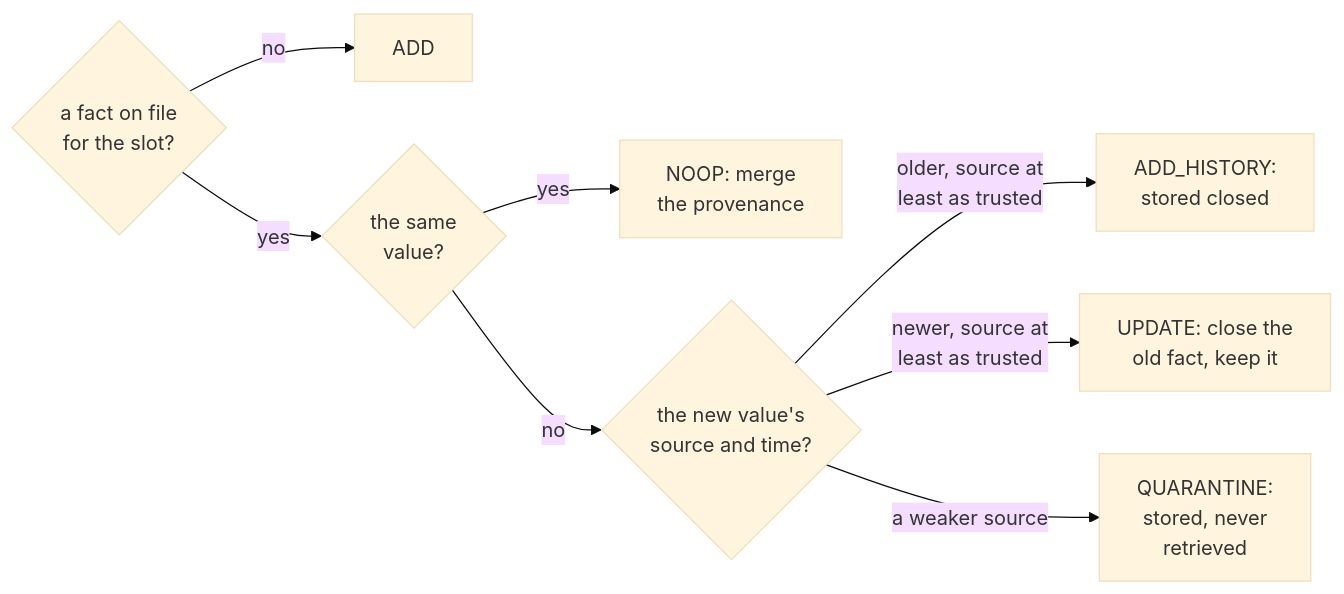
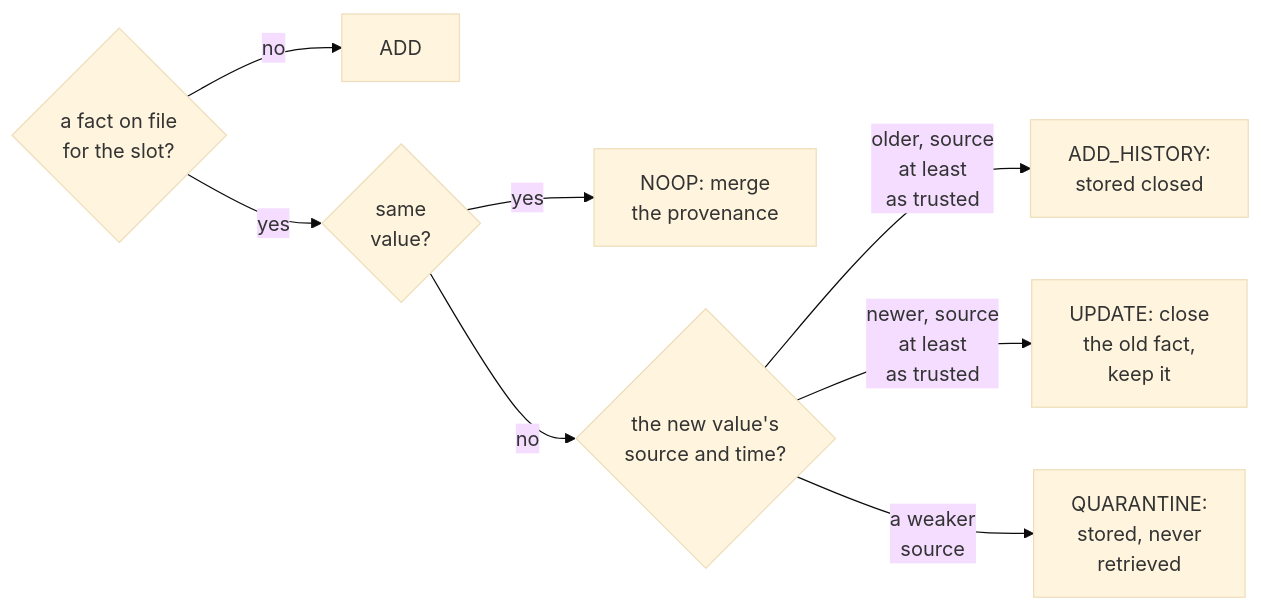
Before and after one commit to aniryou/full-stack-agentic-engineer: the second of 8 diagrams in 07-application-agent-framework/agent-memory/PRIMER.md, drawn with Mermaid (base theme). The commit also changed other lines of this file and 211 other files, not shown here.

````diff
--- a/07-application-agent-framework/agent-memory/PRIMER.md
+++ b/07-application-agent-framework/agent-memory/PRIMER.md
@@ -129,10 +129,10 @@
 ```mermaid
 flowchart LR
     M1{"a fact on file<br/>for the slot?"} -->|"no"| ADD["ADD"]
-    M1 -->|"yes"| M2{"the same<br/>value?"}
+    M1 -->|"yes"| M2{"same<br/>value?"}
     M2 -->|"yes"| NOOP["NOOP: merge<br/>the provenance"]
     M2 -->|"no"| M3{"the new value's<br/>source and time?"}
-    M3 -->|"older, source at<br/>least as trusted"| HIS["ADD_HISTORY:<br/>stored closed"]
-    M3 -->|"newer, source at<br/>least as trusted"| UPD["UPDATE: close the<br/>old fact, keep it"]
-    M3 -->|"a weaker source"| QUA["QUARANTINE:<br/>stored, never<br/>retrieved"]
+    M3 -->|"older, source<br/>at least<br/>as trusted"| HIS["ADD_HISTORY:<br/>stored closed"]
+    M3 -->|"newer, source<br/>at least<br/>as trusted"| UPD["UPDATE: close<br/>the old fact,<br/>keep it"]
+    M3 -->|"a weaker<br/>source"| QUA["QUARANTINE:<br/>stored, never<br/>retrieved"]
 ```
````
